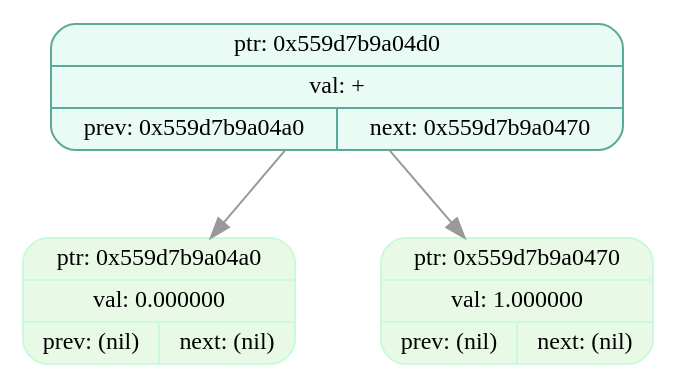
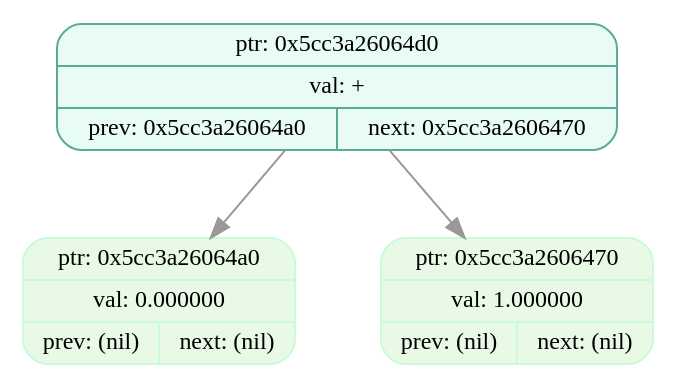
One commit to EvilTomato9890/Difference changed the diagram in dumps/tree_dump_004.dot. Above: the diagram before and after it, drawn with Graphviz. The commit also changed 36 other files, not shown here.

```diff
--- a/dumps/tree_dump_004.dot
+++ b/dumps/tree_dump_004.dot
@@ -1,9 +1,9 @@
 digraph T{
   node [fontname="Fira Mono",shape=record,style="filled,rounded",fontsize=12];
   graph [splines=true, nodesep=0.6, ranksep=0.6];
-  node_0x559d7b9a04d0[shape=record,label="{ {ptr: 0x559d7b9a04d0} | {val: +} | { prev: 0x559d7b9a04a0 | next: 0x559d7b9a0470 } }",color="#5aa99b",fillcolor="#e9fbf5"];
-  node_0x559d7b9a04a0[shape=record,label="{ {ptr: 0x559d7b9a04a0} | {val: 0.000000} | { prev: (nil) | next: (nil) } }",color="#c9fbdbff",fillcolor="#e8f9e5ff"];
-  node_0x559d7b9a0470[shape=record,label="{ {ptr: 0x559d7b9a0470} | {val: 1.000000} | { prev: (nil) | next: (nil) } }",color="#c9fbdbff",fillcolor="#e8f9e5ff"];
-  node_0x559d7b9a04d0 -> node_0x559d7b9a04a0 [color="#999999"];
-  node_0x559d7b9a04d0 -> node_0x559d7b9a0470 [color="#999999"];
+  node_0x5cc3a26064d0[shape=record,label="{ {ptr: 0x5cc3a26064d0} | {val: +} | { prev: 0x5cc3a26064a0 | next: 0x5cc3a2606470 } }",color="#5aa99b",fillcolor="#e9fbf5"];
+  node_0x5cc3a26064a0[shape=record,label="{ {ptr: 0x5cc3a26064a0} | {val: 0.000000} | { prev: (nil) | next: (nil) } }",color="#c9fbdbff",fillcolor="#e8f9e5ff"];
+  node_0x5cc3a2606470[shape=record,label="{ {ptr: 0x5cc3a2606470} | {val: 1.000000} | { prev: (nil) | next: (nil) } }",color="#c9fbdbff",fillcolor="#e8f9e5ff"];
+  node_0x5cc3a26064d0 -> node_0x5cc3a26064a0 [color="#999999"];
+  node_0x5cc3a26064d0 -> node_0x5cc3a2606470 [color="#999999"];
 }
```
